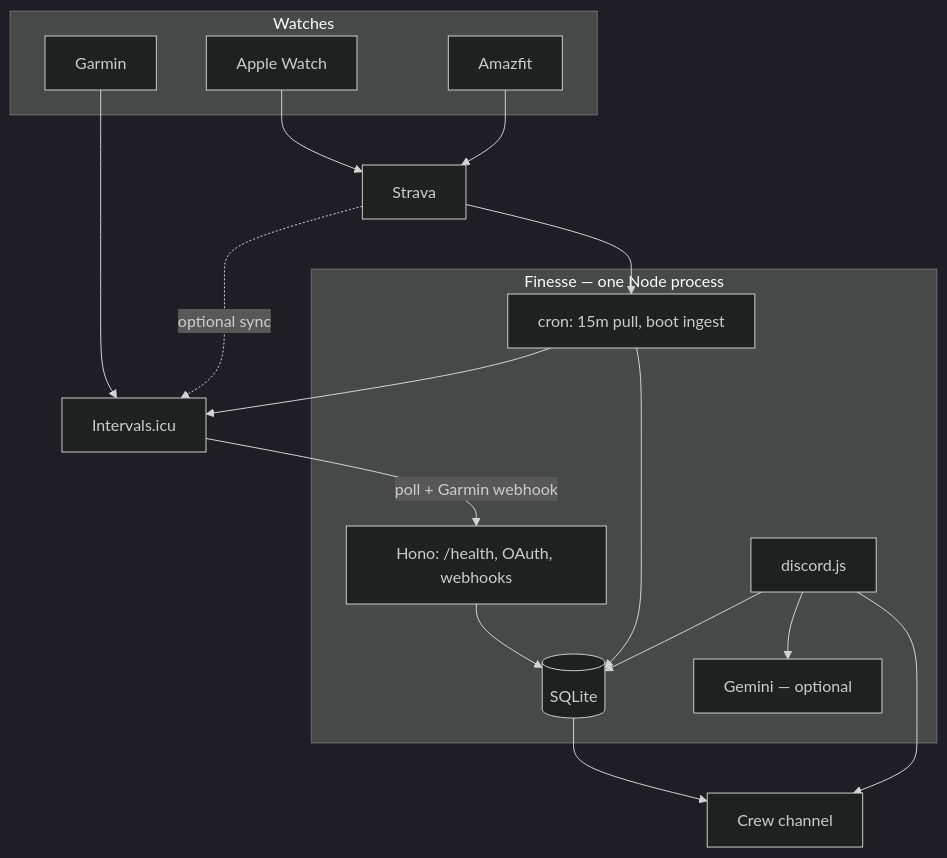
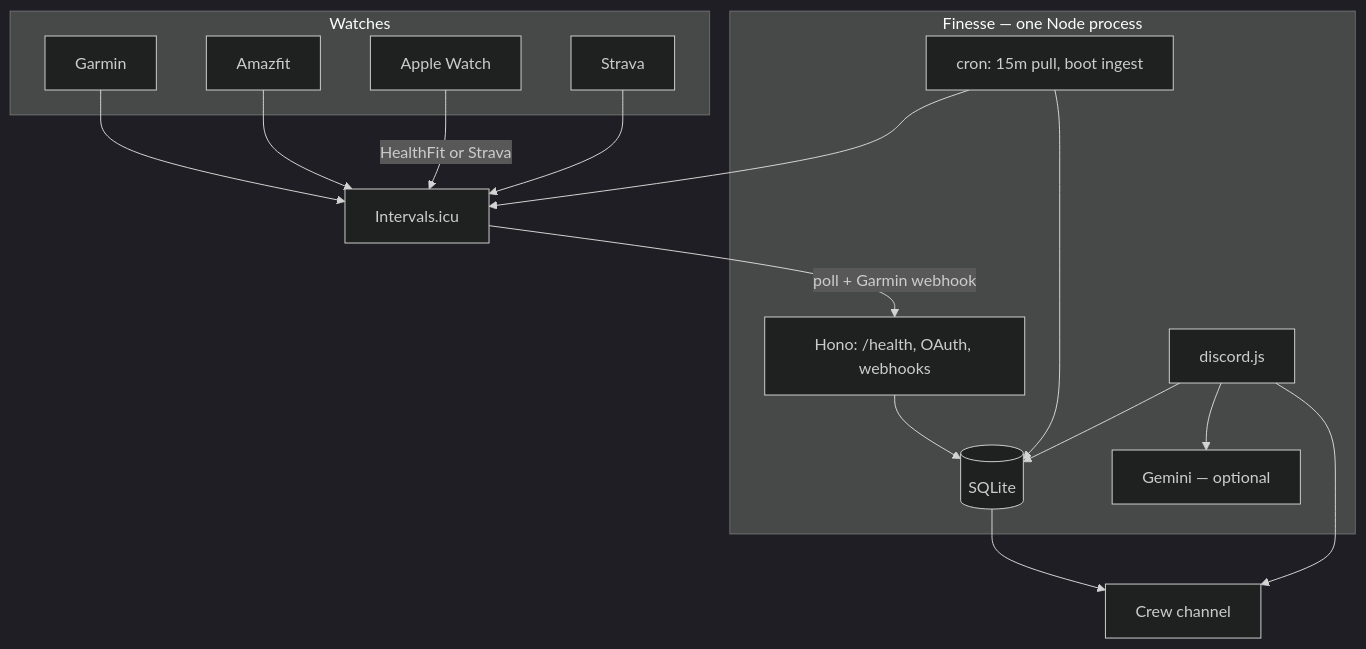
Before and after one commit to renzoventura/finesse: the diagram in README.md, drawn with Mermaid (dark theme). The commit also changed other lines of this file and 13 other files, not shown here.

````diff
--- a/README.md
+++ b/README.md
@@ -22,31 +22,31 @@
 ```mermaid
 flowchart TB
   subgraph watches [Watches]
     Garmin
     Apple[Apple Watch]
     Amazfit
+    StravaFeed[Strava]
   end
 
   Garmin --> Intervals[Intervals.icu]
-  Apple --> Strava
-  Amazfit --> Strava
-  Strava -.->|optional sync| Intervals
+  Amazfit --> Intervals
+  Apple -->|"HealthFit or Strava"| Intervals
+  StravaFeed --> Intervals
 
   subgraph process [Finesse — one Node process]
     Gateway[discord.js]
     Cron["cron: 15m pull, boot ingest"]
     HTTP["Hono: /health, OAuth, webhooks"]
     DB[(SQLite)]
     LLM[Gemini — optional]
   end
 
   Intervals -->|"poll + Garmin webhook"| HTTP
-  Strava --> Cron
   Cron --> Intervals
   HTTP --> DB
   Cron --> DB
   Gateway --> DB
   DB --> Channel[Crew channel]
   Gateway --> Channel
   Gateway --> LLM
 ```
````
